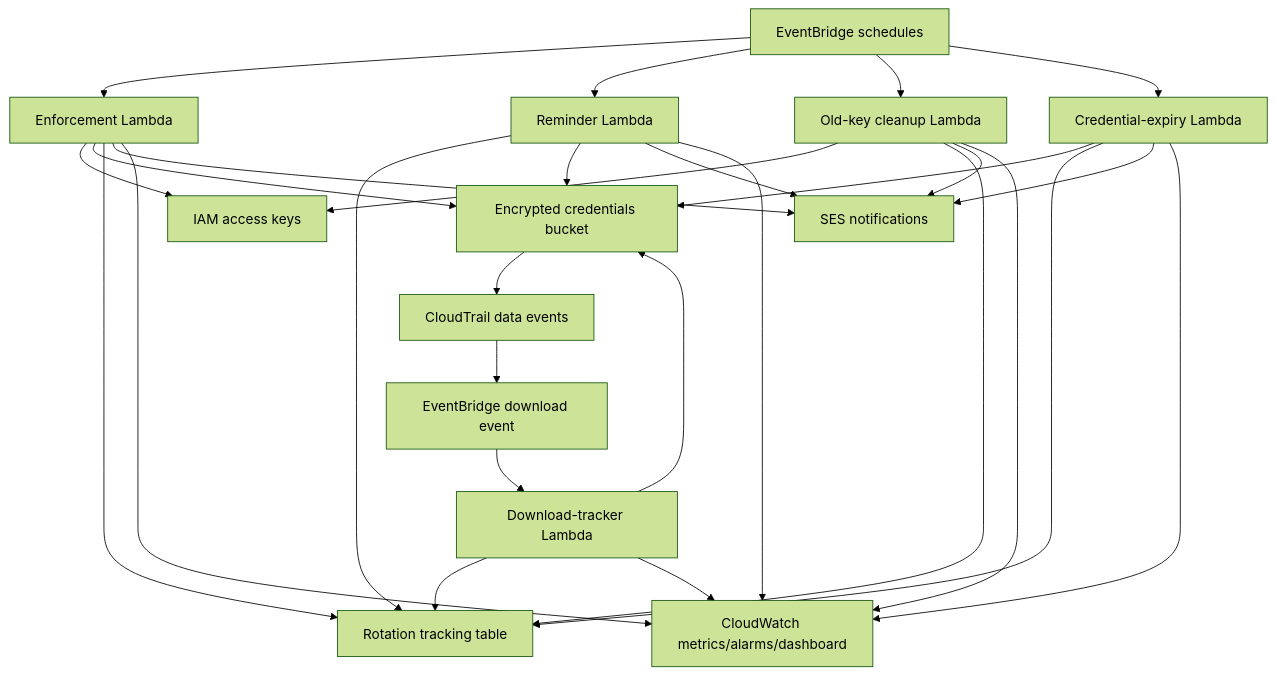
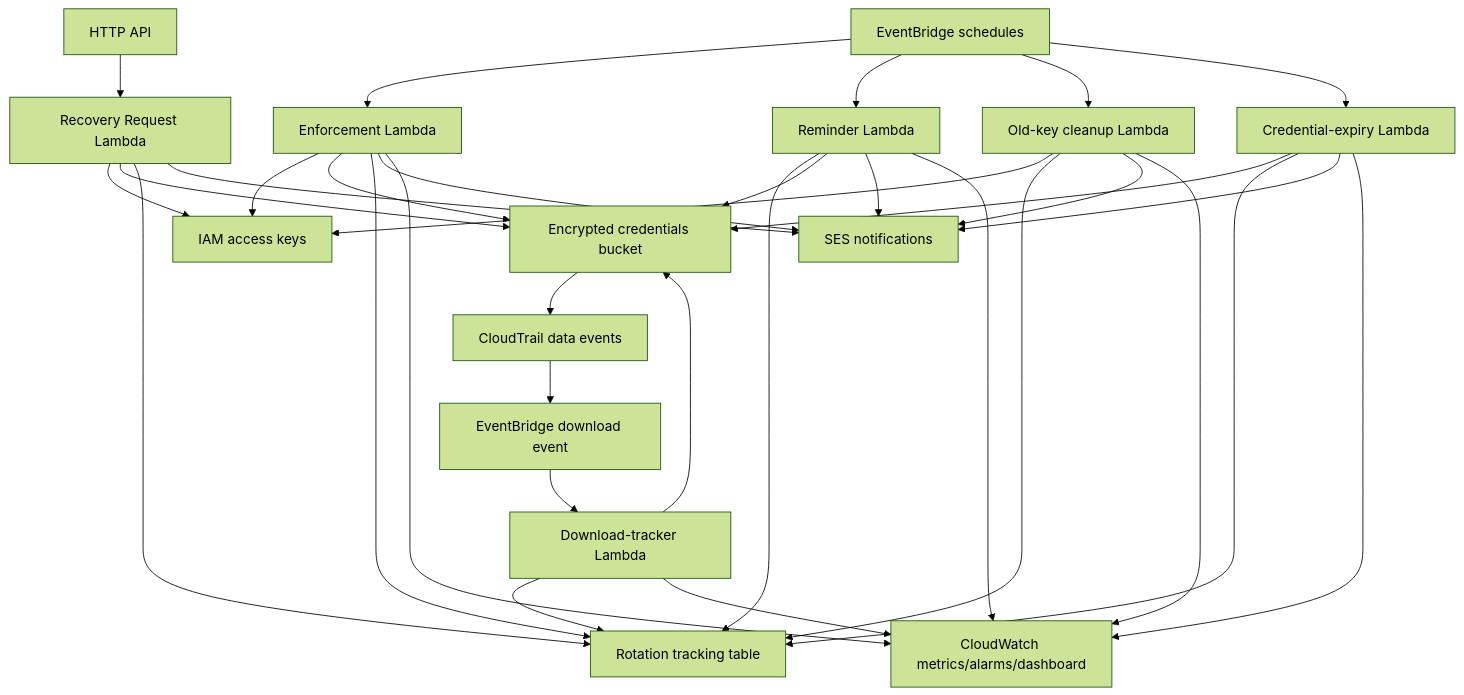
Before and after one commit to tblakex01/iam-key-rotation: the diagram in README.md, drawn with Mermaid (forest theme). The commit also changed other lines of this file and 42 other files, not shown here.

Commit message:
fix: harden IAM recovery and notification flows

````diff
--- a/README.md
+++ b/README.md
@@ -23,36 +25,42 @@
 ```mermaid
 graph TD
+    API["HTTP API"] --> REC["Recovery Request Lambda"]
     EB["EventBridge schedules"] --> ENF["Enforcement Lambda"]
     EB --> REM["Reminder Lambda"]
     EB --> CLN["Old-key cleanup Lambda"]
     EB --> EXP["Credential-expiry Lambda"]
+
+    REC --> IAM
+    REC --> S3
+    REC --> DDB
+    REC --> SES
 
     ENF --> IAM["IAM access keys"]
     ENF --> S3["Encrypted credentials bucket"]
     ENF --> DDB["Rotation tracking table"]
     ENF --> SES["SES notifications"]
 
     S3 --> CT["CloudTrail data events"]
     CT --> EVT["EventBridge download event"]
     EVT --> DLT["Download-tracker Lambda"]
     DLT --> DDB
     DLT --> S3
 
     REM --> DDB
     REM --> S3
     REM --> SES
 
     CLN --> IAM
     CLN --> DDB
     CLN --> SES
 
     EXP --> S3
     EXP --> DDB
     EXP --> SES
 
     ENF --> CW["CloudWatch metrics/alarms/dashboard"]
     REM --> CW
     CLN --> CW
     EXP --> CW
     DLT --> CW
 ```
````
